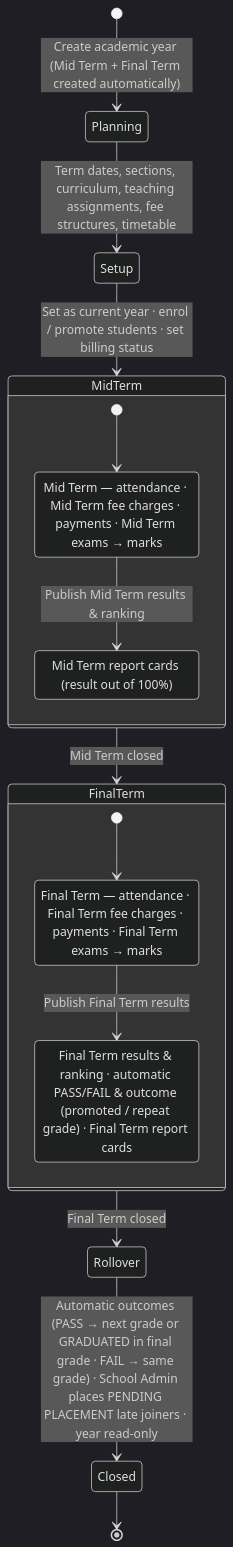
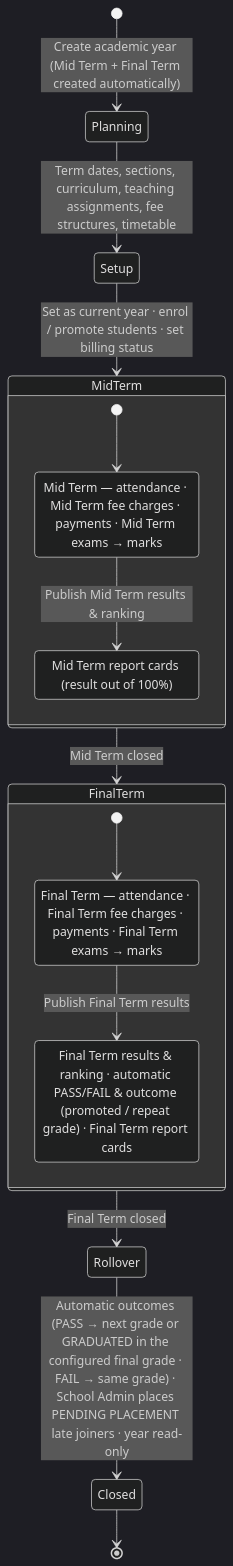
One commit to ismacil87/Gol-khatumo changed the second of 2 diagrams in docs/phase-1/05-modules.md. Above: the diagram before and after it, drawn with Mermaid (dark theme). The commit also changed 7 other files, not shown here.

First line of the commit message:
docs: explicit final-grade configuration and proposed report card layout

````diff
--- a/docs/phase-1/05-modules.md
+++ b/docs/phase-1/05-modules.md
@@ -87,22 +87,22 @@
 ```mermaid
 stateDiagram-v2
   [*] --> Planning: Create academic year (Mid Term + Final Term created automatically)
   Planning --> Setup: Term dates, sections, curriculum, teaching assignments, fee structures, timetable
   Setup --> MidTerm: Set as current year · enrol / promote students · set billing status
   state MidTerm {
     [*] --> MT_Run
     MT_Run: Mid Term — attendance · Mid Term fee charges · payments · Mid Term exams → marks
     MT_Run --> MT_Pub: Publish Mid Term results & ranking
     MT_Pub: Mid Term report cards (result out of 100%)
   }
   MidTerm --> FinalTerm: Mid Term closed
   state FinalTerm {
     [*] --> FT_Run
     FT_Run: Final Term — attendance · Final Term fee charges · payments · Final Term exams → marks
     FT_Run --> FT_Pub: Publish Final Term results
     FT_Pub: Final Term results & ranking · automatic PASS/FAIL & outcome (promoted / repeat grade) · Final Term report cards
   }
   FinalTerm --> Rollover: Final Term closed
-  Rollover --> Closed: Automatic outcomes (PASS → next grade or GRADUATED in final grade · FAIL → same grade) · School Admin places PENDING PLACEMENT late joiners · year read-only
+  Rollover --> Closed: Automatic outcomes (PASS → next grade or GRADUATED in the configured final grade · FAIL → same grade) · School Admin places PENDING PLACEMENT late joiners · year read-only
   Closed --> [*]
 ```
````
